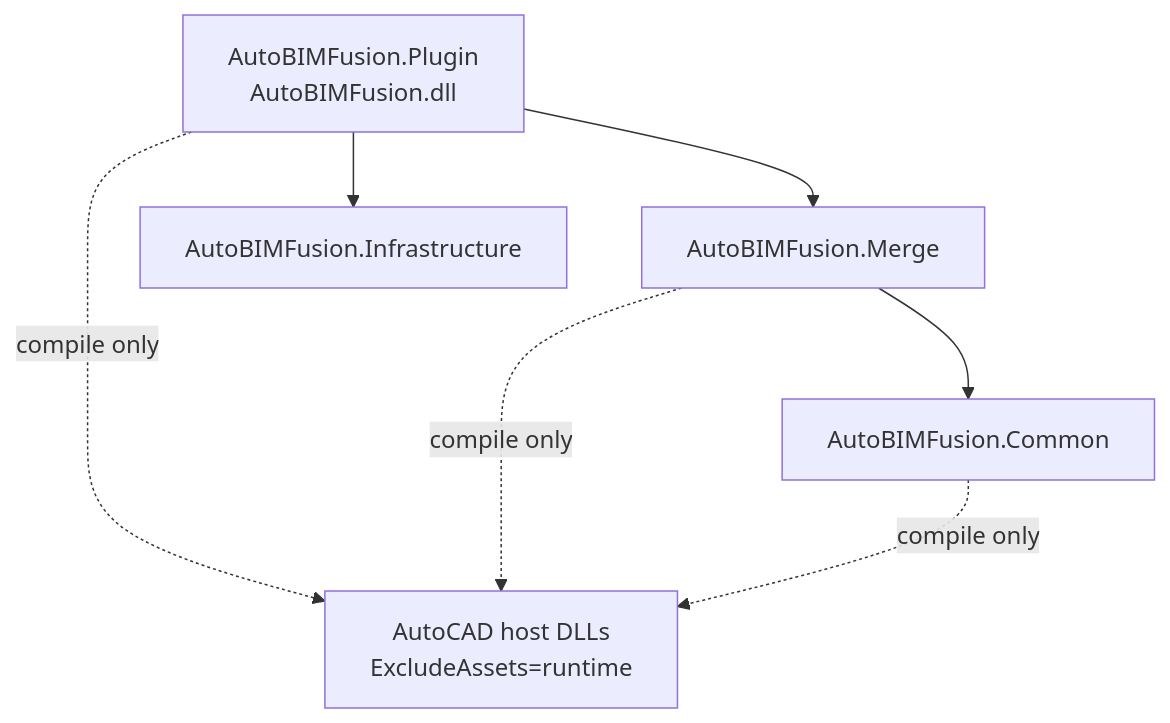
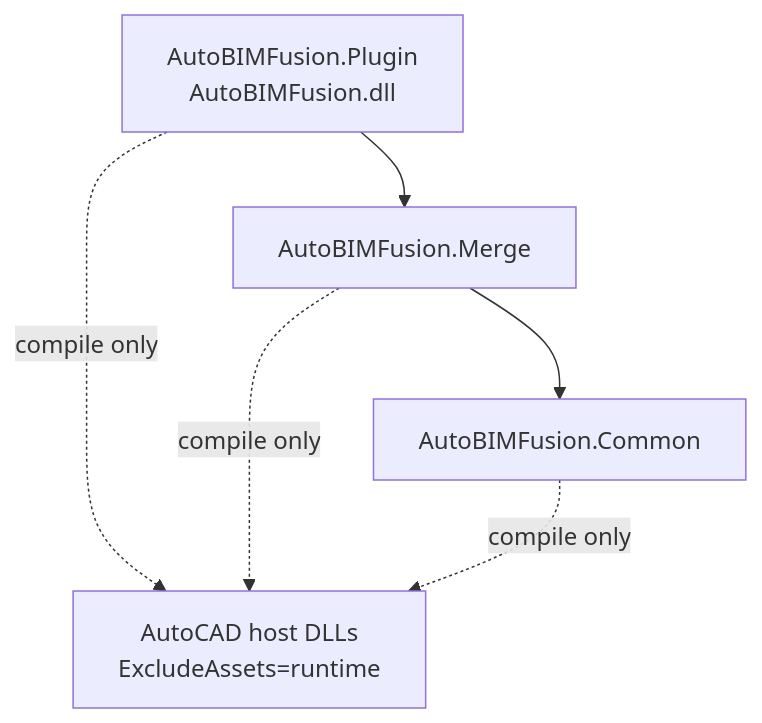
The diagram in docs/PROJECT_STRUCTURE.md (Yerkebulan777/AutoBIMFusion), drawn with Mermaid before and after one commit. The commit also changed other lines of this file and 6 other files, not shown here.

````diff
--- a/docs/PROJECT_STRUCTURE.md
+++ b/docs/PROJECT_STRUCTURE.md
@@ -100,15 +102,13 @@
 ```mermaid
 flowchart TD
     Plugin["AutoBIMFusion.Plugin<br/>AutoBIMFusion.dll"]
     Merge["AutoBIMFusion.Merge"]
-    AutoCAD["AutoBIMFusion.Common"]
-    Infrastructure["AutoBIMFusion.Infrastructure"]
+    Common["AutoBIMFusion.Common"]
     AutoCADHost["AutoCAD host DLLs<br/>ExcludeAssets=runtime"]
 
     Plugin --> Merge
-    Plugin --> Infrastructure
-    Merge --> AutoCAD
+    Merge --> Common
     Plugin -. compile only .-> AutoCADHost
     Merge -. compile only .-> AutoCADHost
-    AutoCAD -. compile only .-> AutoCADHost
+    Common -. compile only .-> AutoCADHost
 ```
````
